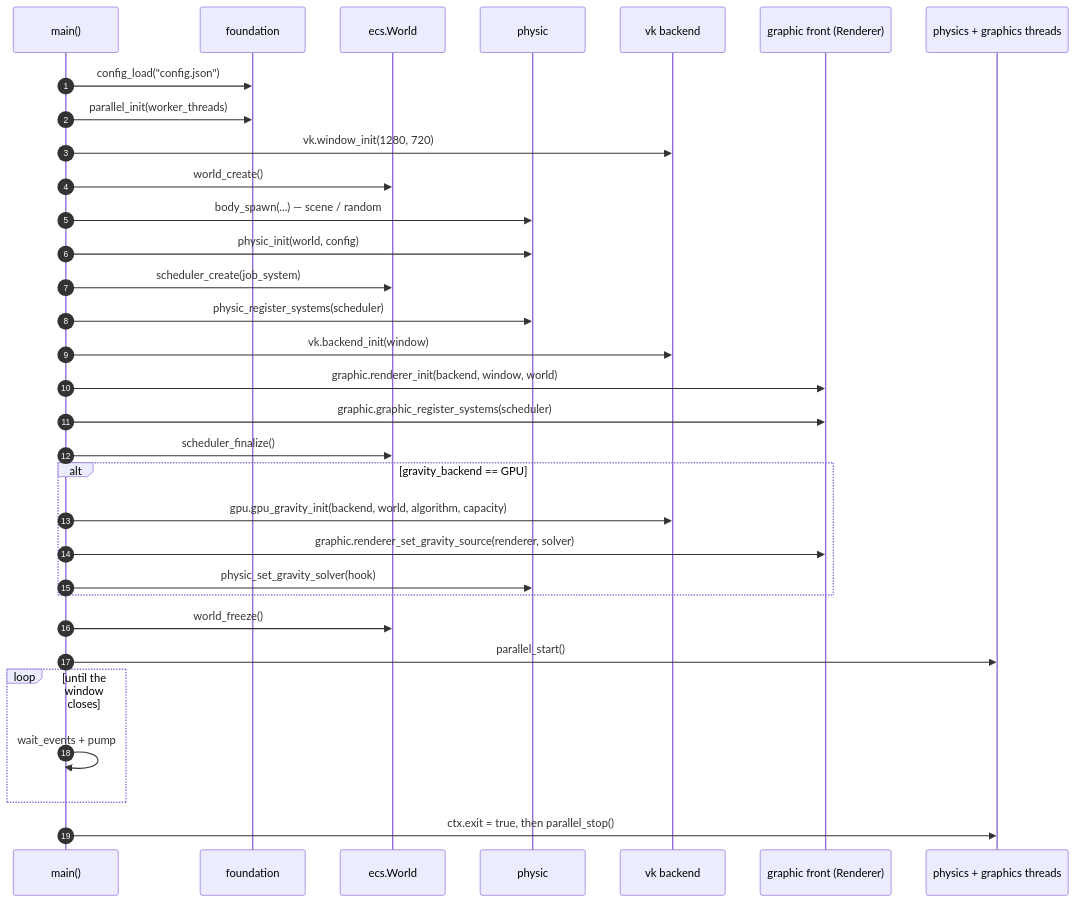
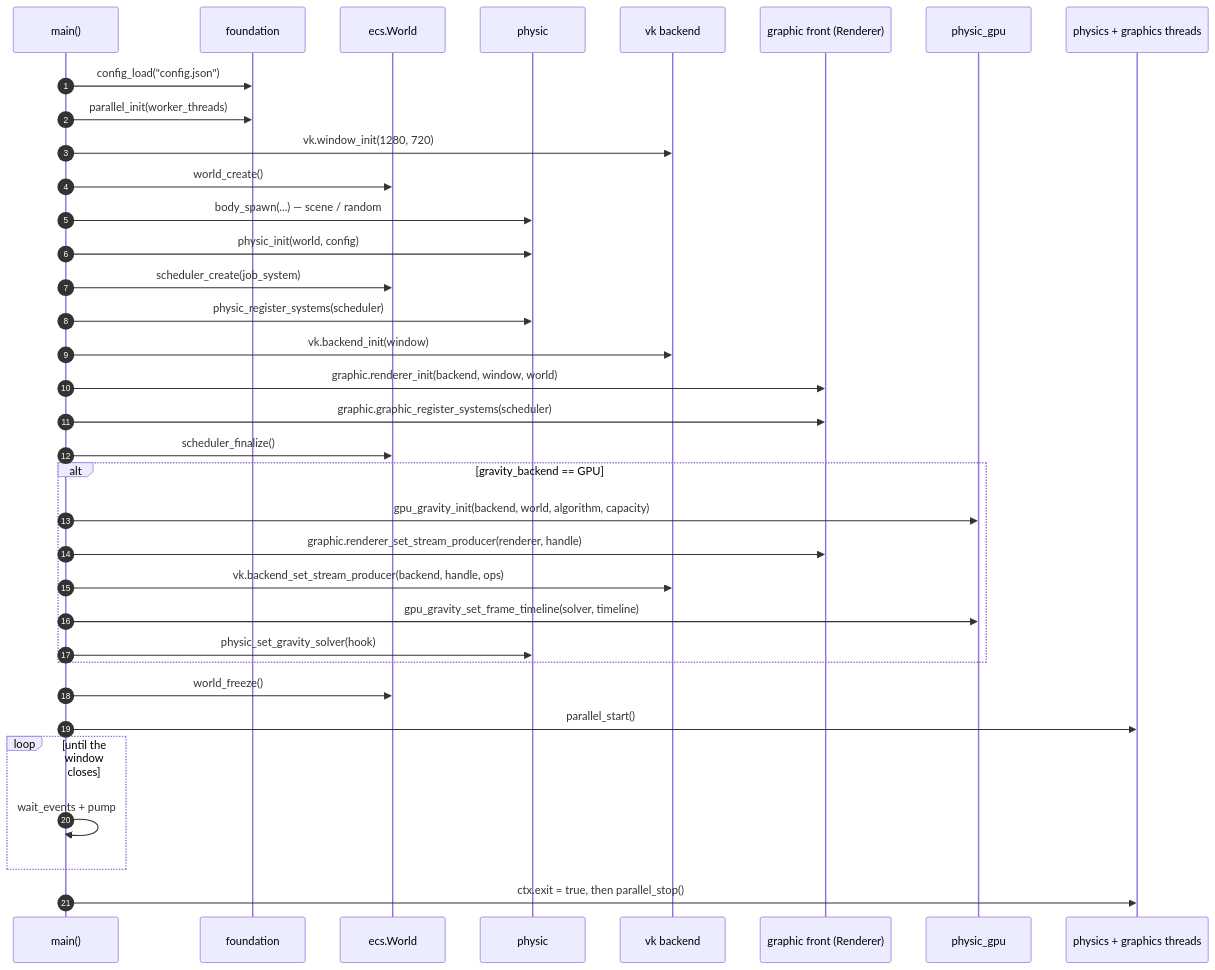
The fourth of 7 diagrams in docs/architecture.md (TanukiConDos/Gravity-Simulator), drawn with Mermaid before and after one commit. The commit also changed other lines of this file and 5 other files, not shown here.

First line of the commit message:
docs: physics owns the GPU solver; the front holds an opaque stream handle

````diff
--- a/docs/architecture.md
+++ b/docs/architecture.md
@@ -153,35 +153,38 @@
 ```mermaid
 sequenceDiagram
     autonumber
     participant M as main()
     participant F as foundation
     participant W as ecs.World
     participant P as physic
     participant B as vk backend
     participant R as graphic front (Renderer)
+    participant PG as physic_gpu
     participant T as physics + graphics threads
 
     M->>F: config_load("config.json")
     M->>F: parallel_init(worker_threads)
     M->>B: vk.window_init(1280, 720)
     M->>W: world_create()
     M->>P: body_spawn(...) — scene / random
     M->>P: physic_init(world, config)
     M->>W: scheduler_create(job_system)
     M->>P: physic_register_systems(scheduler)
     M->>B: vk.backend_init(window)
     M->>R: graphic.renderer_init(backend, window, world)
     M->>R: graphic.graphic_register_systems(scheduler)
     M->>W: scheduler_finalize()
     alt gravity_backend == GPU
-        M->>B: gpu.gpu_gravity_init(backend, world, algorithm, capacity)
-        M->>R: graphic.renderer_set_gravity_source(renderer, solver)
+        M->>PG: gpu_gravity_init(backend, world, algorithm, capacity)
+        M->>R: graphic.renderer_set_stream_producer(renderer, handle)
+        M->>B: vk.backend_set_stream_producer(backend, handle, ops)
+        M->>PG: gpu_gravity_set_frame_timeline(solver, timeline)
         M->>P: physic_set_gravity_solver(hook)
     end
     M->>W: world_freeze()
     M->>T: parallel_start()
     loop until the window closes
         M->>M: wait_events + pump
     end
     M->>T: ctx.exit = true, then parallel_stop()
 ```
````
